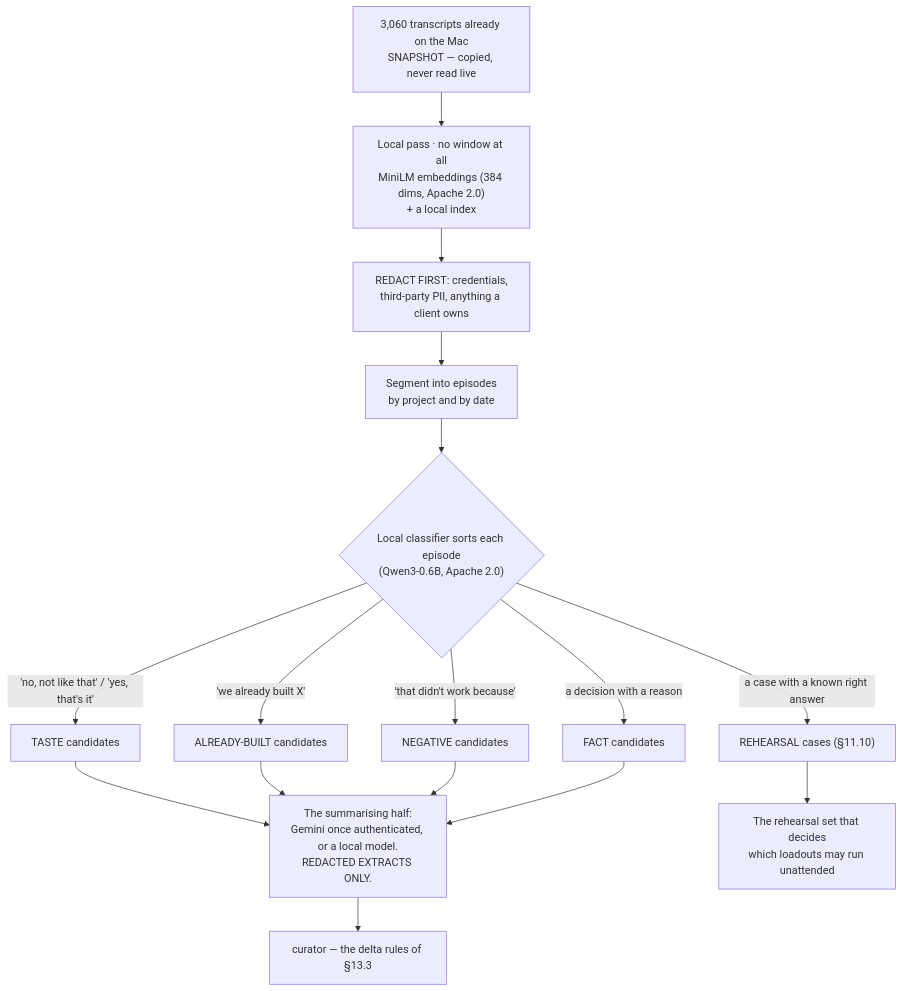
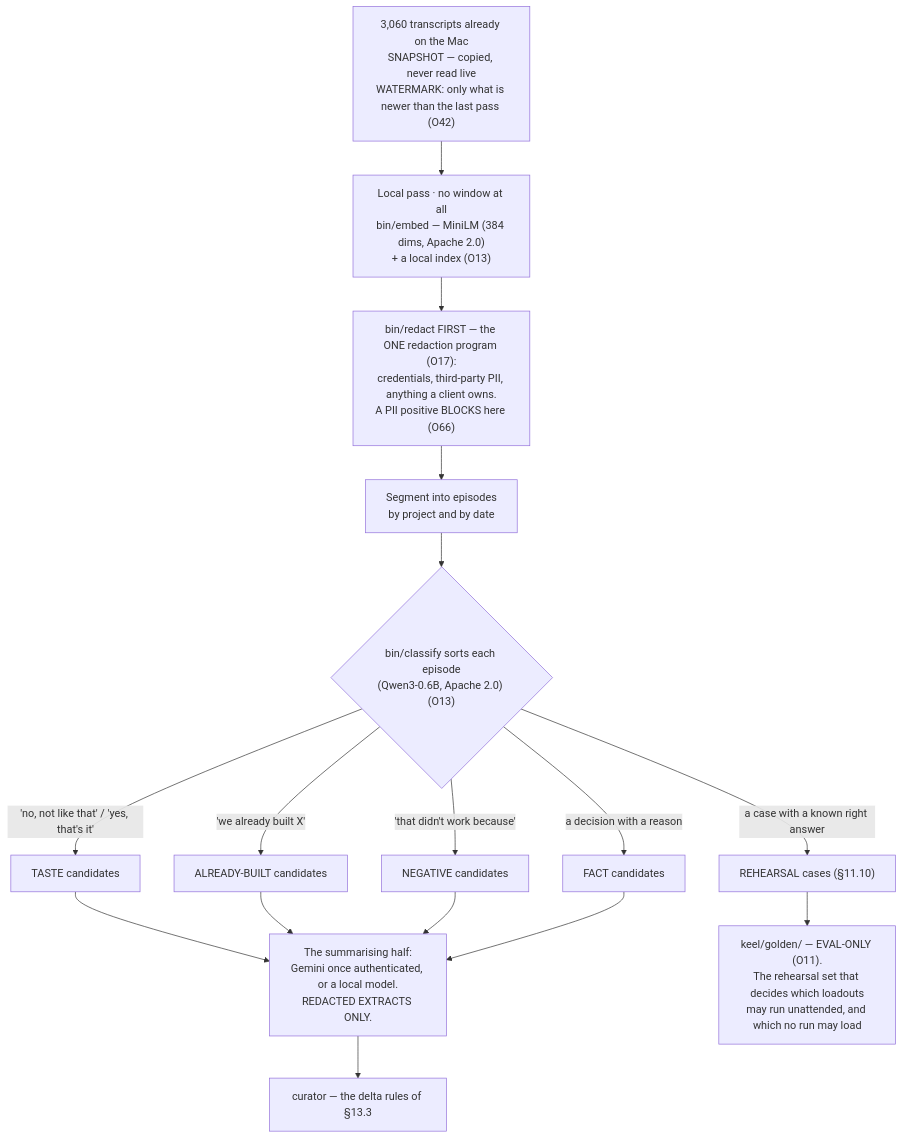
Before and after one commit to Adam077K/agentvibe: the third of 4 diagrams in docs/03-system-design/final-v2/parts/13-memory-and-knowledge.md, drawn with Mermaid. The commit also changed other lines of this file and 8 other files, not shown here.

````diff
--- a/docs/03-system-design/final-v2/parts/13-memory-and-knowledge.md
+++ b/docs/03-system-design/final-v2/parts/13-memory-and-knowledge.md
@@ -219,15 +281,15 @@
 ```mermaid
 flowchart TD
-    TR["3,060 transcripts already on the Mac<br/>SNAPSHOT — copied, never read live"] --> LOCAL["Local pass · no window at all<br/>MiniLM embeddings (384 dims, Apache 2.0)<br/>+ a local index"]
-    LOCAL --> RED["REDACT FIRST: credentials,<br/>third-party PII, anything a client owns"]
+    TR["3,060 transcripts already on the Mac<br/>SNAPSHOT — copied, never read live<br/>WATERMARK: only what is newer than the last pass (O42)"] --> LOCAL["Local pass · no window at all<br/>bin/embed — MiniLM (384 dims, Apache 2.0)<br/>+ a local index (O13)"]
+    LOCAL --> RED["bin/redact FIRST — the ONE redaction program (O17):<br/>credentials, third-party PII, anything a client owns.<br/>A PII positive BLOCKS here (O66)"]
     RED --> SEG["Segment into episodes<br/>by project and by date"]
-    SEG --> MINE{"Local classifier sorts each episode<br/>(Qwen3-0.6B, Apache 2.0)"}
+    SEG --> MINE{"bin/classify sorts each episode<br/>(Qwen3-0.6B, Apache 2.0) (O13)"}
     MINE -->|"'no, not like that' / 'yes, that's it'"| TASTE["TASTE candidates"]
     MINE -->|"'we already built X'"| BUILT["ALREADY-BUILT candidates"]
     MINE -->|"'that didn't work because'"| NEG["NEGATIVE candidates"]
     MINE -->|"a decision with a reason"| FACT["FACT candidates"]
     MINE -->|"a case with a known right answer"| REH["REHEARSAL cases (§11.10)"]
     TASTE & BUILT & NEG & FACT --> SUM["The summarising half:<br/>Gemini once authenticated, or a local model.<br/>REDACTED EXTRACTS ONLY."]
     SUM --> CUR["curator — the delta rules of §13.3"]
-    REH --> BENCH["The rehearsal set that decides<br/>which loadouts may run unattended"]
+    REH --> BENCH["keel/golden/ — EVAL-ONLY (O11).<br/>The rehearsal set that decides which loadouts<br/>may run unattended, and which no run may load"]
 ```
````
